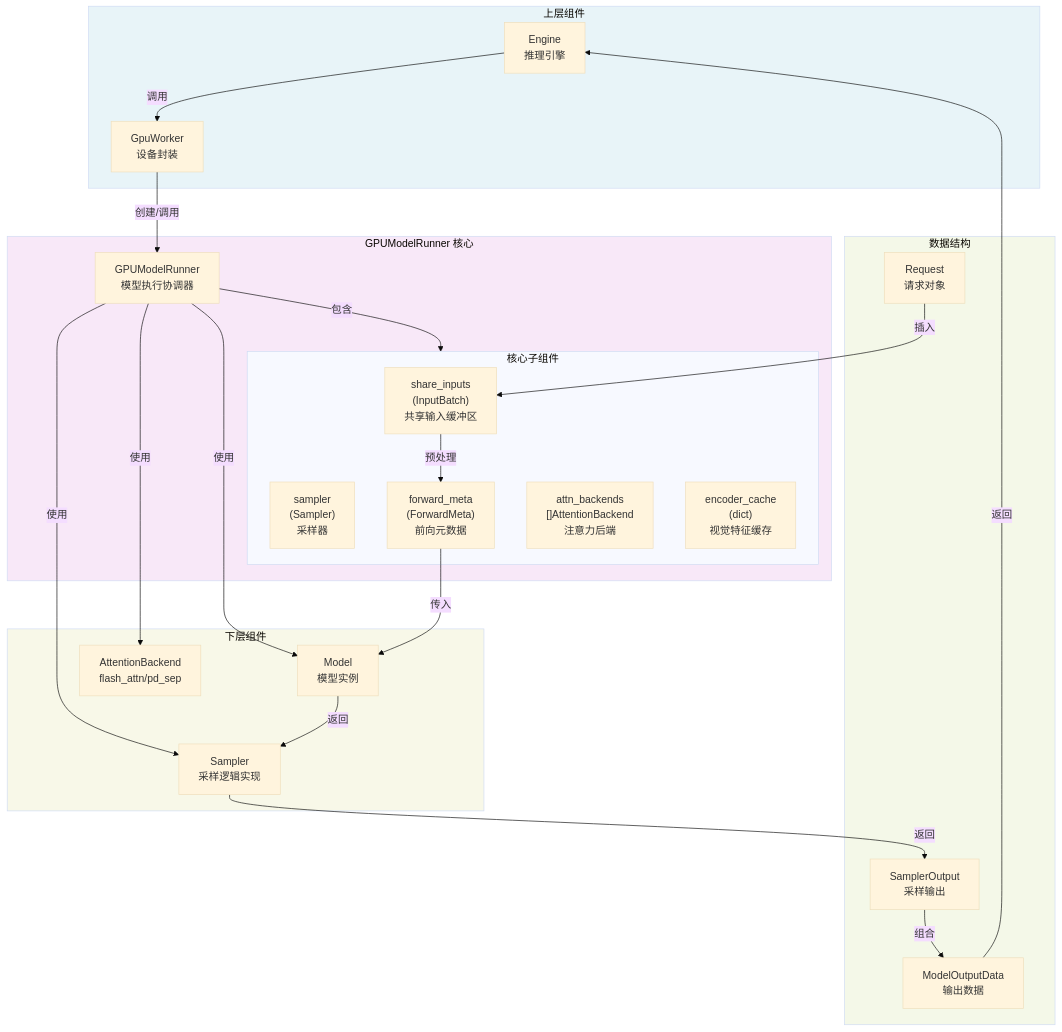
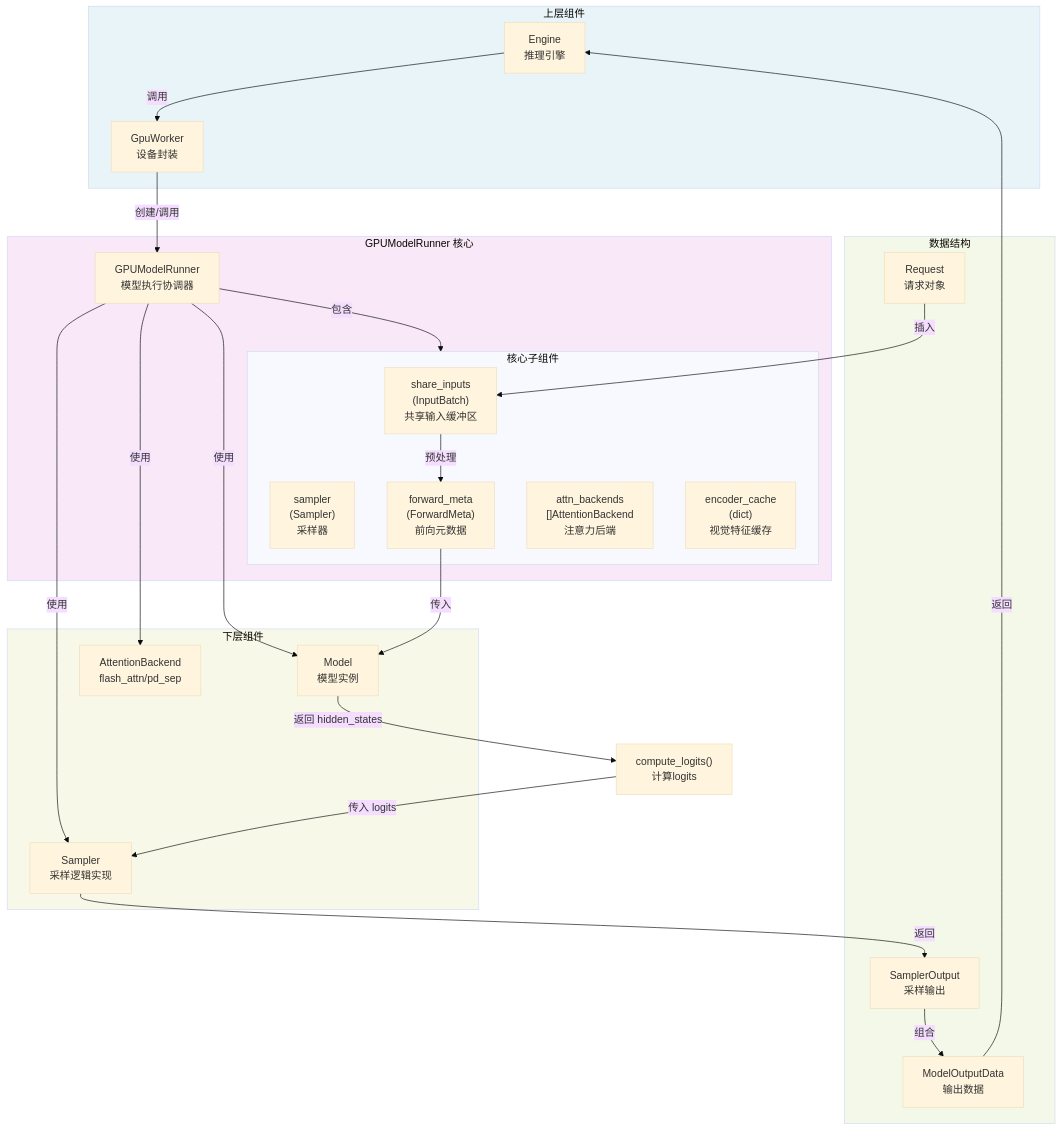
Before and after one commit to gongweibao/FastDeploy: the second of 5 diagrams in docs/gpu_model_runner_data_flow.md, drawn with Mermaid (base theme). The commit also changed other lines of this file and 17 other files, not shown here.

````diff
--- a/docs/gpu_model_runner_data_flow.md
+++ b/docs/gpu_model_runner_data_flow.md
@@ -86,52 +94,53 @@
 ```mermaid
 flowchart TB
     subgraph Upper["上层组件"]
         Engine["Engine<br/>推理引擎"]
         GpuWorker["GpuWorker<br/>设备封装"]
     end
 
     subgraph Core["GPUModelRunner 核心"]
         GPUModelRunner["GPUModelRunner<br/>模型执行协调器"]
 
         subgraph Components["核心子组件"]
             ShareInputs["share_inputs<br/>(InputBatch)<br/>共享输入缓冲区"]
             Sampler["sampler<br/>(Sampler)<br/>采样器"]
             ForwardMeta["forward_meta<br/>(ForwardMeta)<br/>前向元数据"]
             AttnBackends["attn_backends<br/>[]AttentionBackend<br/>注意力后端"]
             EncoderCache["encoder_cache<br/>(dict)<br/>视觉特征缓存"]
         end
     end
 
     subgraph Lower["下层组件"]
         Model["Model<br/>模型实例"]
         AttentionBackend["AttentionBackend<br/>flash_attn/pd_sep"]
         SamplerImpl["Sampler<br/>采样逻辑实现"]
     end
 
     subgraph Data["数据结构"]
         Request["Request<br/>请求对象"]
         ModelOutputData["ModelOutputData<br/>输出数据"]
         SamplerOutput["SamplerOutput<br/>采样输出"]
     end
 
     Engine -->|调用| GpuWorker
     GpuWorker -->|创建/调用| GPUModelRunner
 
     GPUModelRunner -->|包含| Components
     GPUModelRunner -->|使用| Model
     GPUModelRunner -->|使用| AttentionBackend
     GPUModelRunner -->|使用| SamplerImpl
 
     Request -->|插入| ShareInputs
     ShareInputs -->|预处理| ForwardMeta
     ForwardMeta -->|传入| Model
-    Model -->|返回| SamplerImpl
+    Model -->|"返回 hidden_states"| ComputeLogits["compute_logits()<br/>计算logits"]
+    ComputeLogits -->|"传入 logits"| SamplerImpl
     SamplerImpl -->|返回| SamplerOutput
     SamplerOutput -->|组合| ModelOutputData
     ModelOutputData -->|返回| Engine
 
     style Upper fill:#e8f4f8
     style Core fill:#f8e8f8
     style Lower fill:#f8f8e8
     style Data fill:#f4f8e8
 ```
````
